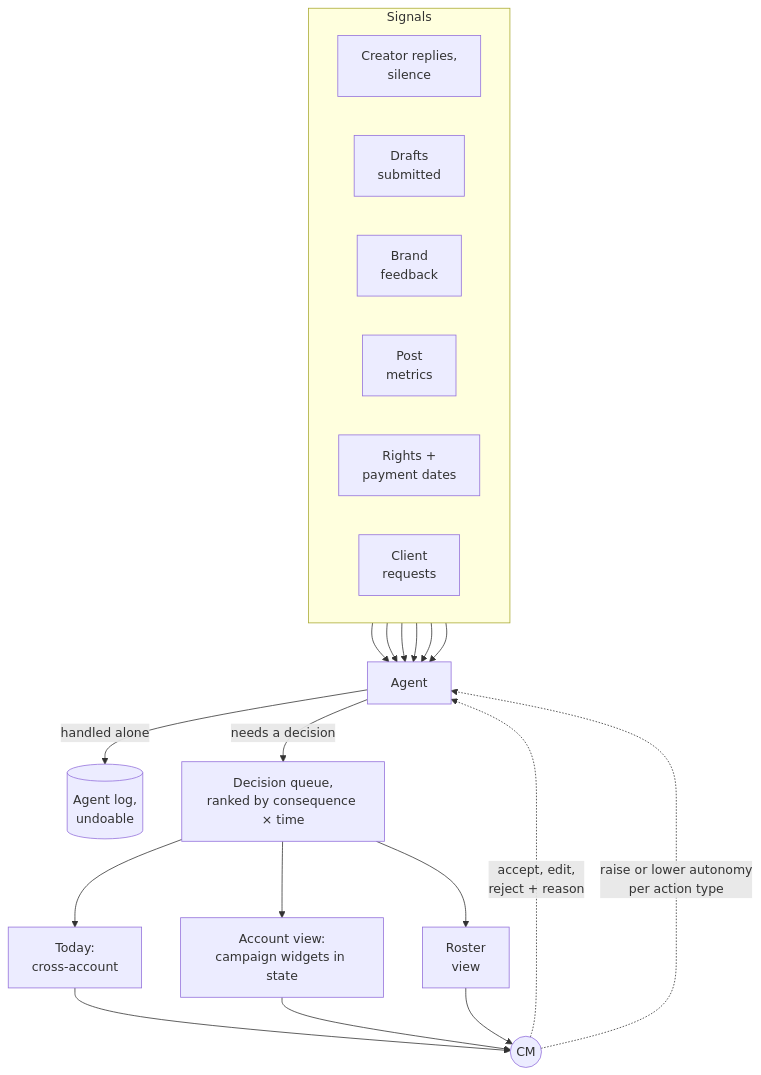
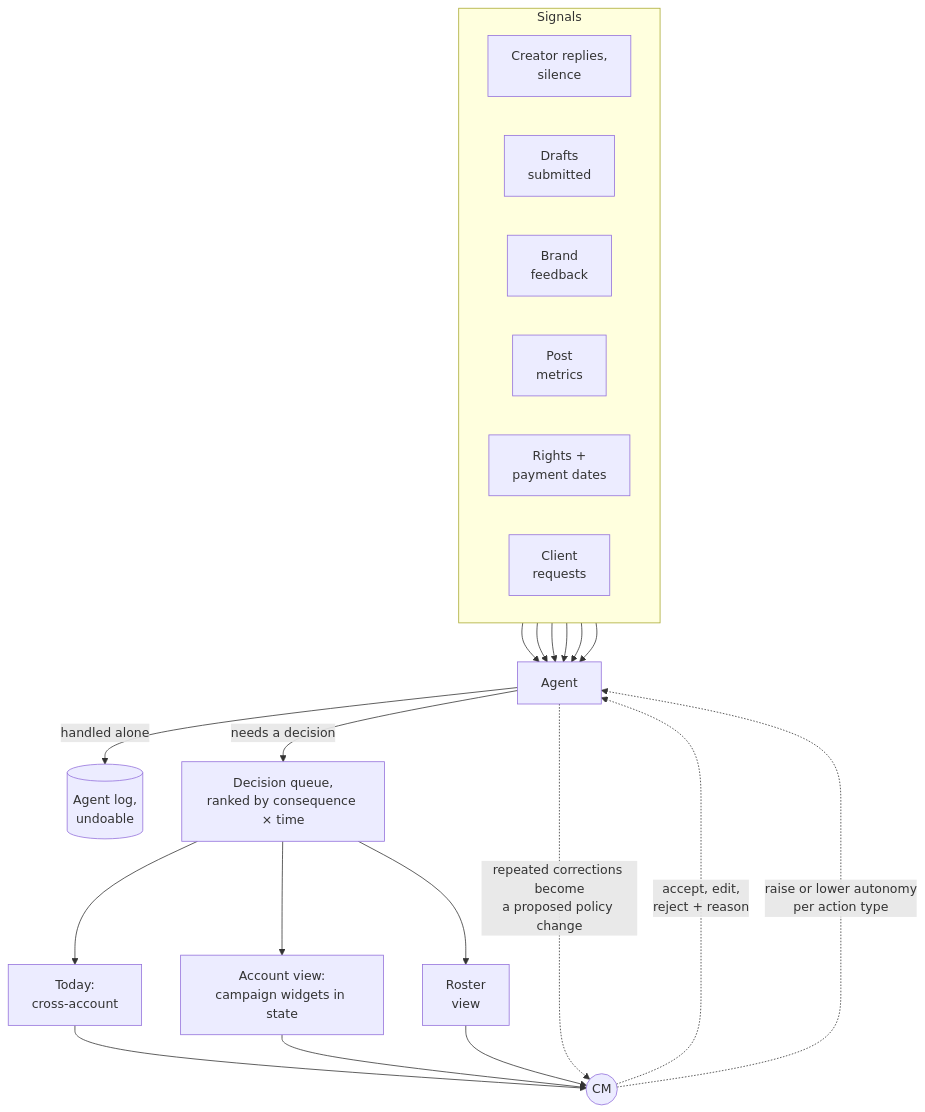
One commit to joshjhall/later-services-agent changed the eighth of 10 diagrams in docs/flows.md. Above: the diagram before and after it, drawn with Mermaid. The commit also changed other lines of this file and 6 other files, not shown here.

First line of the commit message:
docs: add product principles and information architecture

````diff
--- a/docs/flows.md
+++ b/docs/flows.md
@@ -187,21 +206,22 @@
 ```mermaid
 flowchart TB
   subgraph Signals["Signals"]
     direction LR
     s1[Creator replies,<br/>silence]
     s2[Drafts<br/>submitted]
     s3[Brand<br/>feedback]
     s4[Post<br/>metrics]
     s5[Rights +<br/>payment dates]
     s6[Client<br/>requests]
   end
   s1 & s2 & s3 & s4 & s5 & s6 --> AG[Agent]
   AG -->|handled alone| LOG[(Agent log,<br/>undoable)]
   AG -->|needs a decision| QUEUE[Decision queue,<br/>ranked by consequence × time]
   QUEUE --> W1[Today:<br/>cross-account]
   QUEUE --> W2[Account view:<br/>campaign widgets in state]
   QUEUE --> W3[Roster<br/>view]
   W1 & W2 & W3 --> CM((CM))
   CM -.->|accept, edit,<br/>reject + reason| AG
   CM -.->|raise or lower autonomy<br/>per action type| AG
+  AG -.->|repeated corrections become<br/>a proposed policy change| CM
 ```
````
